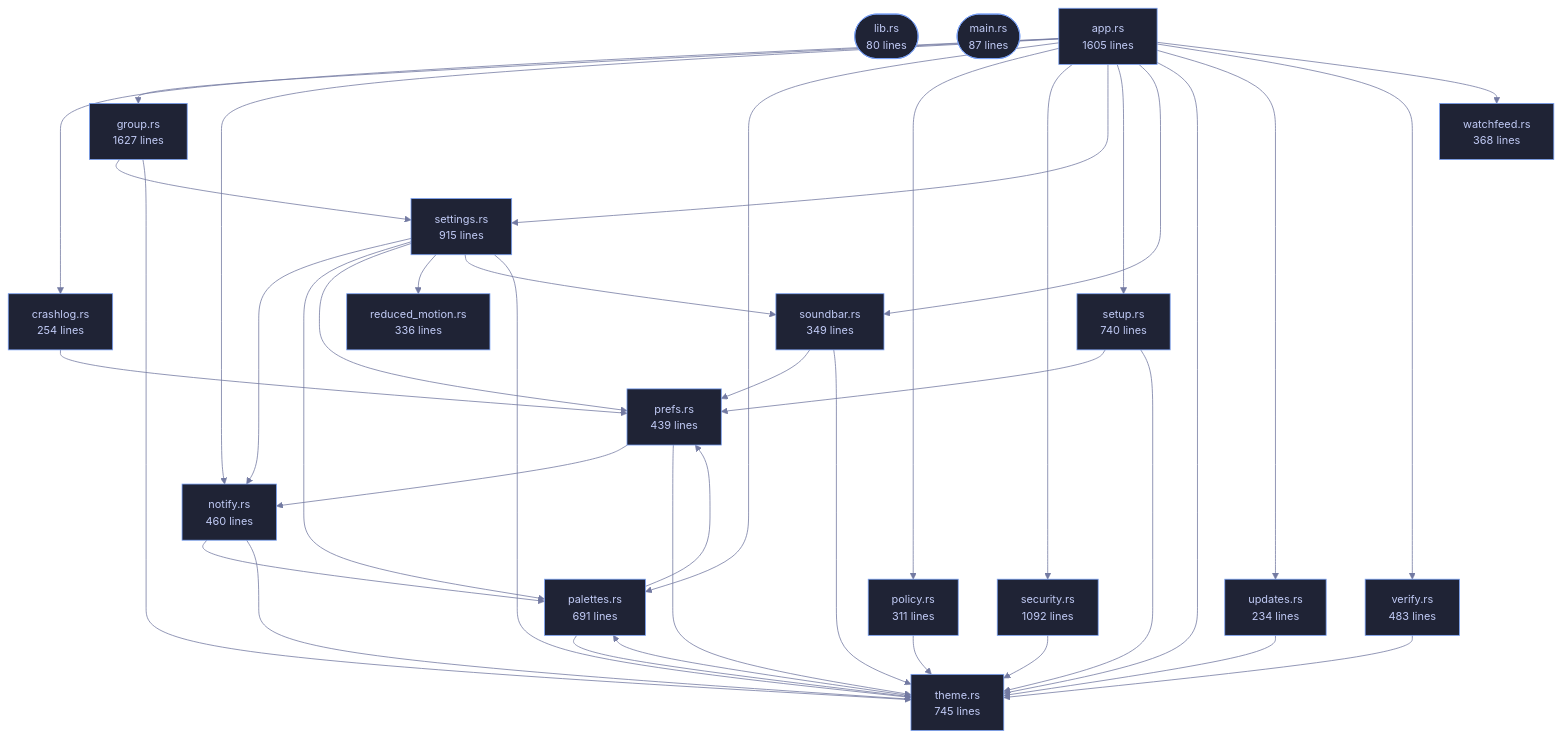
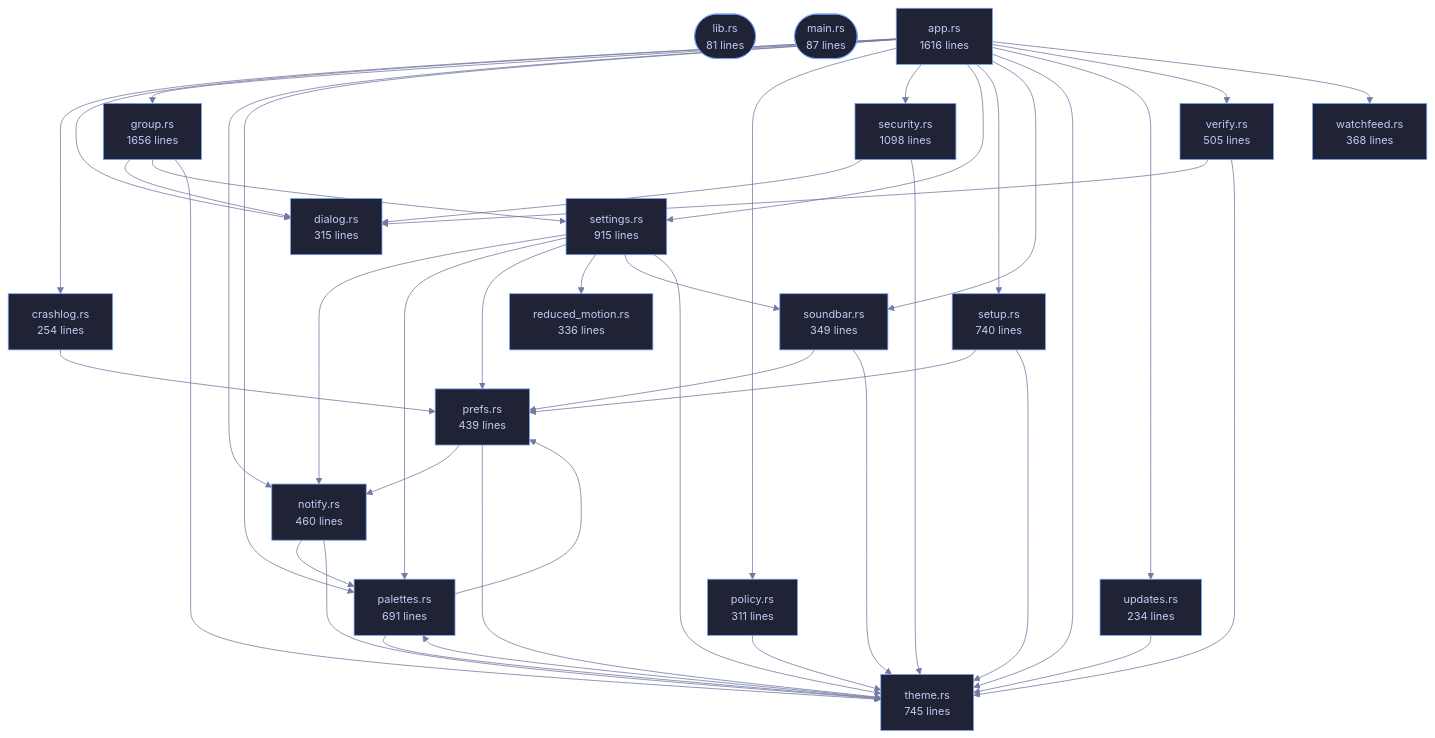
One commit to tilas01/veilvoice changed the diagram in crates/veilvoice-gui/README.md. Above: the diagram before and after it, drawn with Mermaid. The commit also changed other lines of this file and 42 other files, not shown here.

````diff
--- a/crates/veilvoice-gui/README.md
+++ b/crates/veilvoice-gui/README.md
@@ -94,25 +94,27 @@
 ```mermaid
 %%{init: {"theme":"base","themeVariables":{"background":"#1a1b26","primaryColor":"#1f2335","primaryTextColor":"#c0caf5","primaryBorderColor":"#7aa2f7","secondaryColor":"#16161e","tertiaryColor":"#16161e","lineColor":"#737aa2","textColor":"#c0caf5","mainBkg":"#1f2335","nodeBorder":"#7aa2f7","clusterBkg":"#16161e","clusterBorder":"#2f3549","fontFamily":"ui-monospace, SFMono-Regular, Consolas, monospace","fontSize":"14px"}}}%%
 flowchart TD
-    n_lib(["lib.rs<br/>80 lines"])
+    n_lib(["lib.rs<br/>81 lines"])
     n_main(["main.rs<br/>87 lines"])
-    n_app["app.rs<br/>1605 lines"]
+    n_app["app.rs<br/>1616 lines"]
     n_crashlog["crashlog.rs<br/>254 lines"]
-    n_group["group.rs<br/>1627 lines"]
+    n_dialog["dialog.rs<br/>315 lines"]
+    n_group["group.rs<br/>1656 lines"]
     n_notify["notify.rs<br/>460 lines"]
     n_palettes["palettes.rs<br/>691 lines"]
     n_policy["policy.rs<br/>311 lines"]
     n_prefs["prefs.rs<br/>439 lines"]
     n_reduced_motion["reduced_motion.rs<br/>336 lines"]
-    n_security["security.rs<br/>1092 lines"]
+    n_security["security.rs<br/>1098 lines"]
     n_settings["settings.rs<br/>915 lines"]
     n_setup["setup.rs<br/>740 lines"]
     n_soundbar["soundbar.rs<br/>349 lines"]
     n_theme["theme.rs<br/>745 lines"]
     n_updates["updates.rs<br/>234 lines"]
-    n_verify["verify.rs<br/>483 lines"]
+    n_verify["verify.rs<br/>505 lines"]
     n_watchfeed["watchfeed.rs<br/>368 lines"]
     n_app --> n_crashlog
+    n_app --> n_dialog
     n_app --> n_group
     n_app --> n_notify
     n_app --> n_palettes
@@ -126,6 +128,7 @@
     n_app --> n_verify
     n_app --> n_watchfeed
     n_crashlog --> n_prefs
+    n_group --> n_dialog
     n_group --> n_settings
     n_group --> n_theme
     n_notify --> n_palettes
@@ -135,6 +138,7 @@
     n_policy --> n_theme
     n_prefs --> n_notify
     n_prefs --> n_theme
+    n_security --> n_dialog
     n_security --> n_theme
     n_settings --> n_notify
     n_settings --> n_palettes
@@ -148,11 +152,13 @@
     n_soundbar --> n_theme
     n_theme --> n_palettes
     n_updates --> n_theme
+    n_verify --> n_dialog
     n_verify --> n_theme
     click n_lib href "https://github.com/tilas01/veilvoice/blob/main/crates/veilvoice-gui/src/lib.rs" "open the source"
     click n_main href "https://github.com/tilas01/veilvoice/blob/main/crates/veilvoice-gui/src/main.rs" "open the source"
     click n_app href "https://github.com/tilas01/veilvoice/blob/main/crates/veilvoice-gui/src/app.rs" "open the source"
     click n_crashlog href "https://github.com/tilas01/veilvoice/blob/main/crates/veilvoice-gui/src/crashlog.rs" "open the source"
+    click n_dialog href "https://github.com/tilas01/veilvoice/blob/main/crates/veilvoice-gui/src/dialog.rs" "open the source"
     click n_group href "https://github.com/tilas01/veilvoice/blob/main/crates/veilvoice-gui/src/group.rs" "open the source"
     click n_notify href "https://github.com/tilas01/veilvoice/blob/main/crates/veilvoice-gui/src/notify.rs" "open the source"
     click n_palettes href "https://github.com/tilas01/veilvoice/blob/main/crates/veilvoice-gui/src/palettes.rs" "open the source"
````
